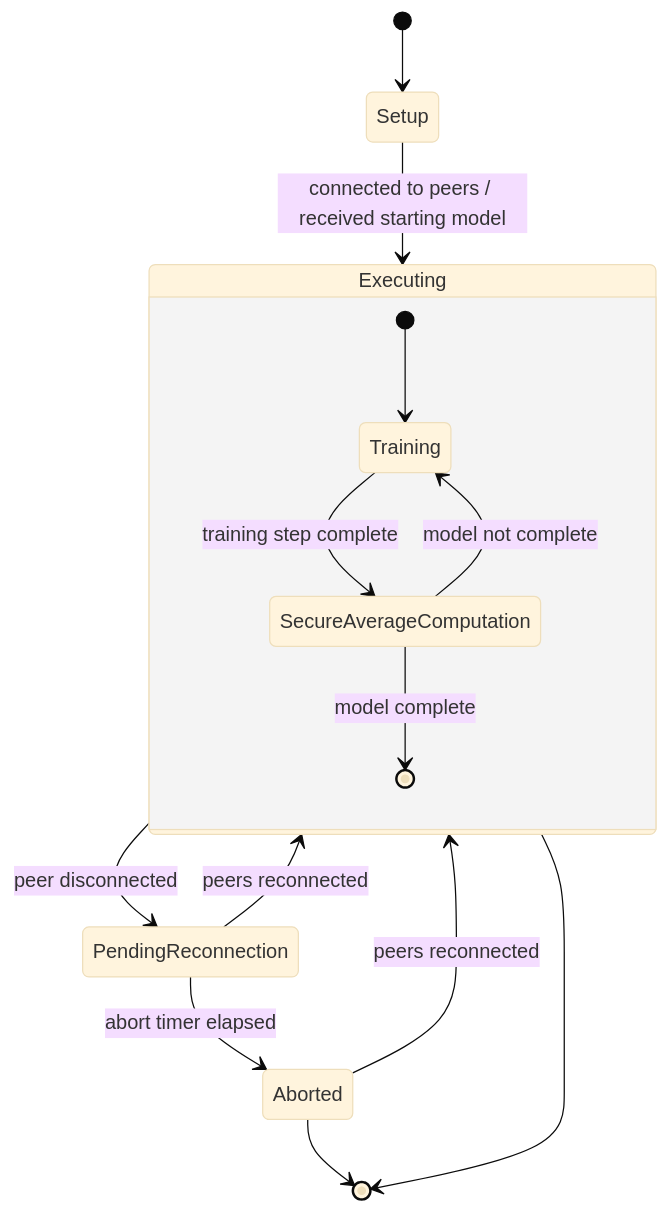
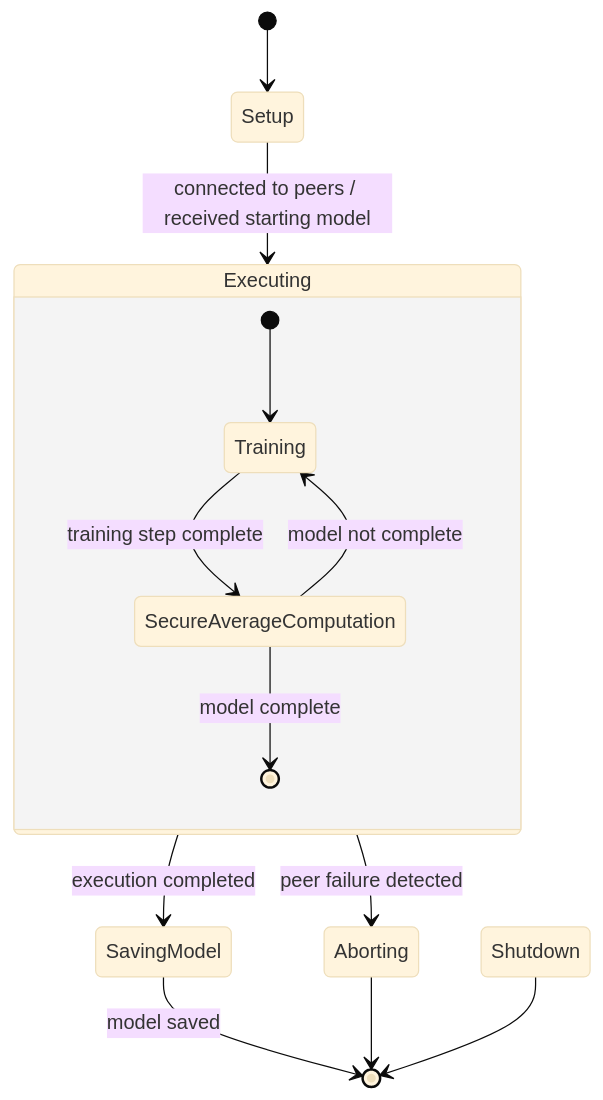
The diagram in doc/assets/src/state.mmd (Oldranda1414/Privacy-P2P-Federated-Learning), drawn with Mermaid before and after one commit. The commit also changed 7 other files, not shown here.

```diff
--- a/doc/assets/src/state.mmd
+++ b/doc/assets/src/state.mmd
@@ -1,21 +1,20 @@
 ---
 config:
   theme: base
   look: classic
 ---
 stateDiagram-v2
     [*] --> Setup
 
     Setup --> Executing : connected to peers / received starting model
     state Executing {
         [*] --> Training
         Training --> SecureAverageComputation : training step complete
         SecureAverageComputation --> Training : model not complete
         SecureAverageComputation --> [*] : model complete
     }
-    Executing --> PendingReconnection : peer disconnected
-    Executing --> [*]
-    PendingReconnection --> Executing : peers reconnected
-    PendingReconnection --> Aborted : abort timer elapsed
-    Aborted --> Executing : peers reconnected
-    Aborted --> [*]
+    Executing --> Aborting : peer failure detected
+    Executing --> SavingModel : execution completed
+    SavingModel --> [*] : model saved
+    Aborting --> [*]
+    Shutdown --> [*]
```
